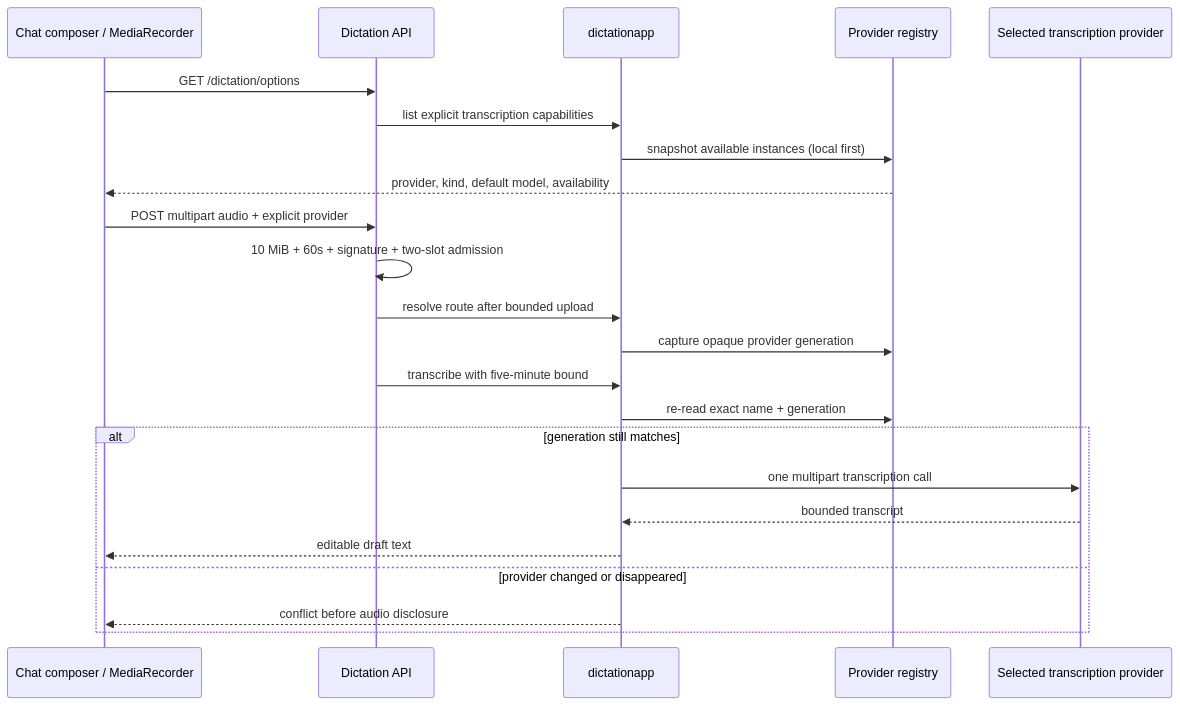
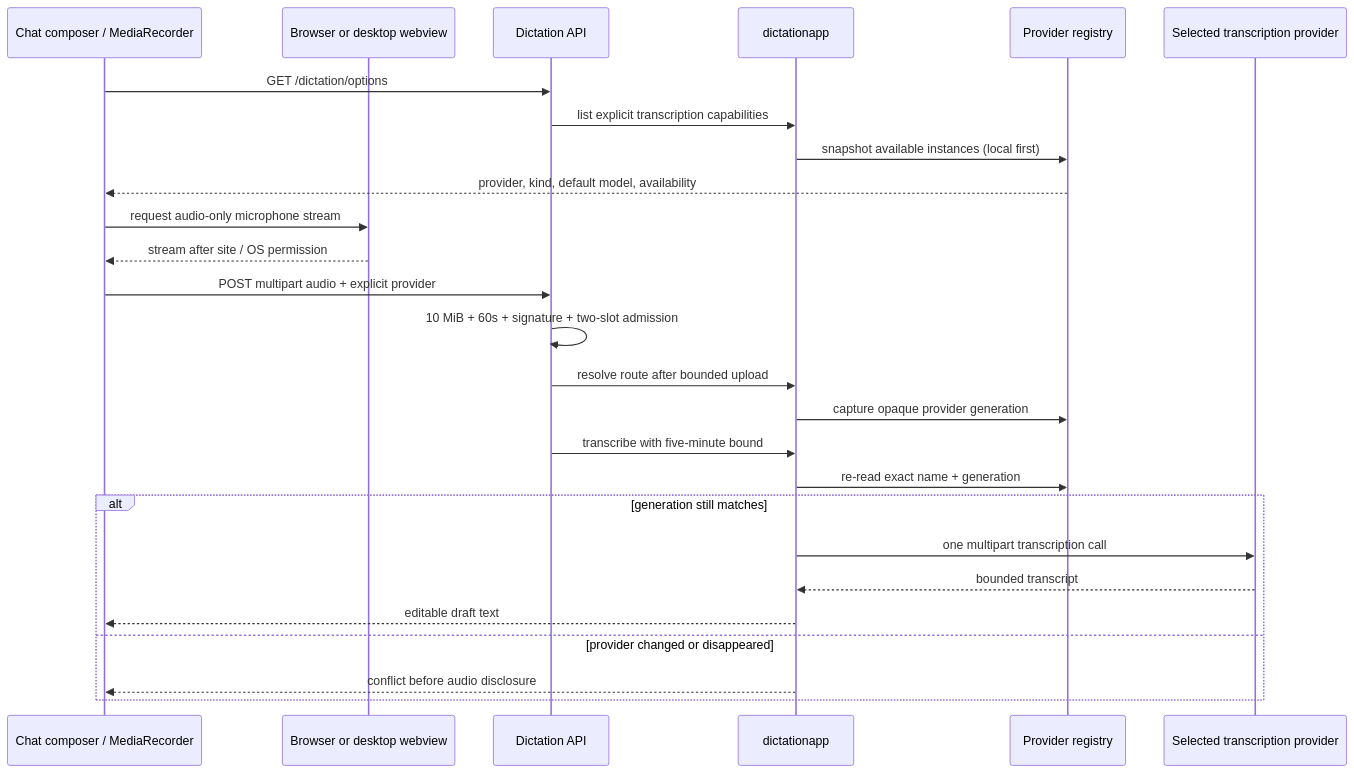
The second of 6 diagrams in docs/contributor/architecture.md (hecatehq/hecate), drawn with Mermaid before and after one commit. The commit also changed other lines of this file and 13 other files, not shown here.

````diff
--- a/docs/contributor/architecture.md
+++ b/docs/contributor/architecture.md
@@ -67,25 +69,28 @@
 ```mermaid
 sequenceDiagram
     participant UI as Chat composer / MediaRecorder
+    participant Media as Browser or desktop webview
     participant API as Dictation API
     participant App as dictationapp
     participant Registry as Provider registry
     participant Provider as Selected transcription provider
     UI->>API: GET /dictation/options
     API->>App: list explicit transcription capabilities
     App->>Registry: snapshot available instances (local first)
     Registry-->>UI: provider, kind, default model, availability
+    UI->>Media: request audio-only microphone stream
+    Media-->>UI: stream after site / OS permission
     UI->>API: POST multipart audio + explicit provider
     API->>API: 10 MiB + 60s + signature + two-slot admission
     API->>App: resolve route after bounded upload
     App->>Registry: capture opaque provider generation
     API->>App: transcribe with five-minute bound
     App->>Registry: re-read exact name + generation
     alt generation still matches
         App->>Provider: one multipart transcription call
         Provider-->>App: bounded transcript
         App-->>UI: editable draft text
     else provider changed or disappeared
         App-->>UI: conflict before audio disclosure
     end
 ```
````
